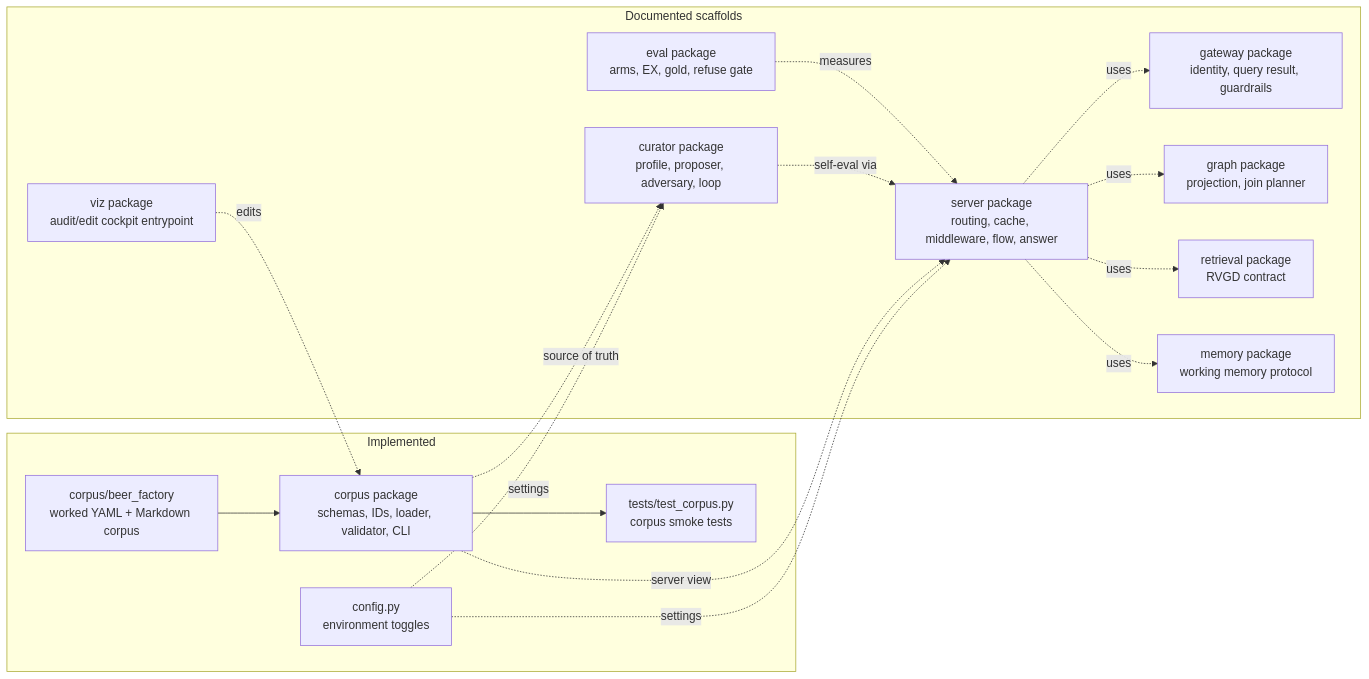
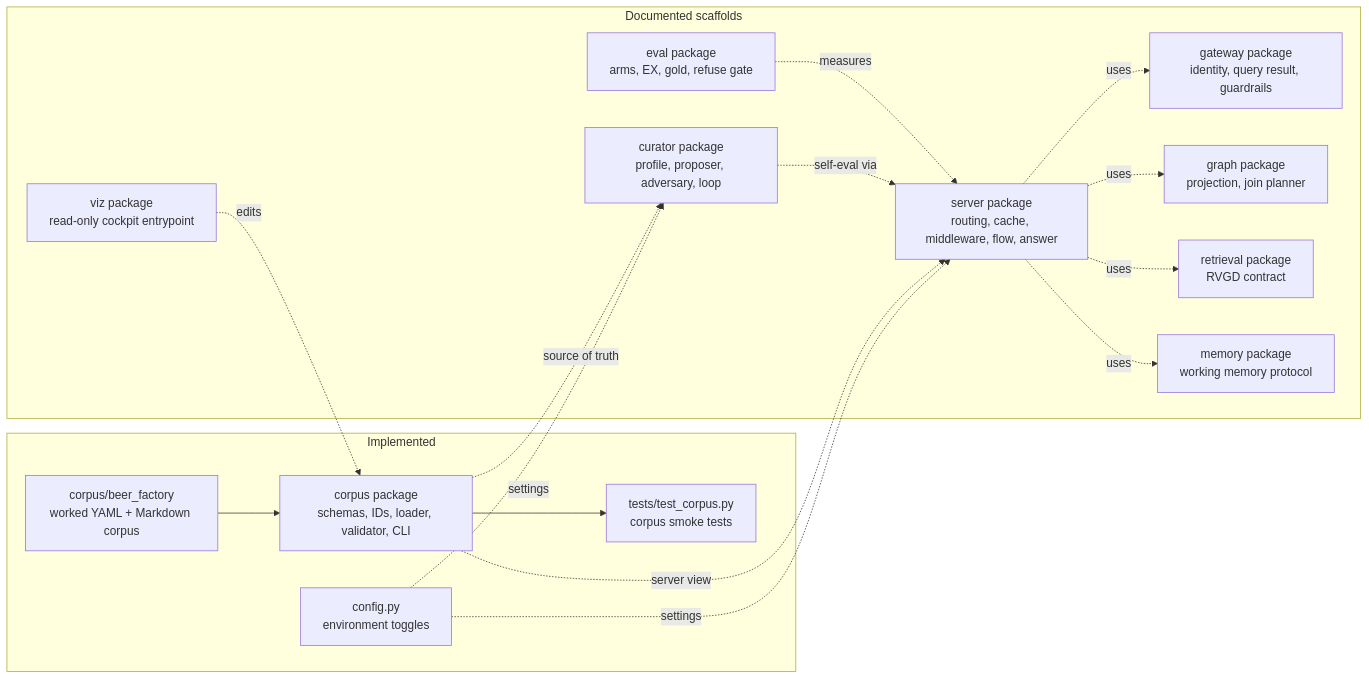
One commit to Minhao-Zhang/governed-bi changed the first of 4 diagrams in docs/diagrams/overview.zh.md. Above: the diagram before and after it, drawn with Mermaid. The commit also changed 22 other files, not shown here.

````diff
--- a/docs/diagrams/overview.zh.md
+++ b/docs/diagrams/overview.zh.md
@@ -9,34 +9,34 @@
 ```mermaid
 flowchart LR
     subgraph Implemented
         Config["config.py<br/>environment toggles"]
         CorpusPkg["corpus package<br/>schemas, IDs, loader, validator, CLI"]
         ExampleCorpus["corpus/beer_factory<br/>worked YAML + Markdown corpus"]
         Tests["tests/test_corpus.py<br/>corpus smoke tests"]
     end
 
     subgraph "Documented scaffolds"
         CuratorPkg["curator package<br/>profile, proposer, adversary, loop"]
         ServerPkg["server package<br/>routing, cache, middleware, flow, answer"]
         GatewayPkg["gateway package<br/>identity, query result, guardrails"]
         GraphPkg["graph package<br/>projection, join planner"]
         RetrievalPkg["retrieval package<br/>RVGD contract"]
         MemoryPkg["memory package<br/>working memory protocol"]
         EvalPkg["eval package<br/>arms, EX, gold, refuse gate"]
-        VizPkg["viz package<br/>audit/edit cockpit entrypoint"]
+        VizPkg["viz package<br/>read-only cockpit entrypoint"]
     end
 
     ExampleCorpus --> CorpusPkg
     CorpusPkg --> Tests
     Config -. settings .-> CuratorPkg
     Config -. settings .-> ServerPkg
     CorpusPkg -. source of truth .-> CuratorPkg
     CorpusPkg -. server view .-> ServerPkg
     ServerPkg -. uses .-> GatewayPkg
     ServerPkg -. uses .-> GraphPkg
     ServerPkg -. uses .-> RetrievalPkg
     ServerPkg -. uses .-> MemoryPkg
     CuratorPkg -. self-eval via .-> ServerPkg
     EvalPkg -. measures .-> ServerPkg
     VizPkg -. edits .-> CorpusPkg
 ```
````
